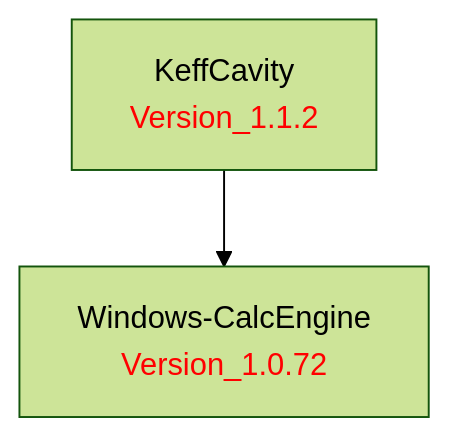
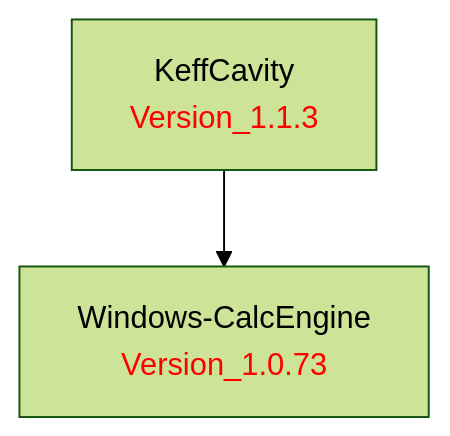
Before and after one commit to LBNL-ETA/KeffCavity: the diagram in doc/KeffCavity.md, drawn with Mermaid (forest theme). The commit also changed 1 other file, not shown here.

Commit message:
Bump version to 1.1.3; Windows-CalcEngine Version_1.0.73

````diff
--- a/doc/KeffCavity.md
+++ b/doc/KeffCavity.md
@@ -1,9 +1,9 @@
 ```mermaid
 graph TD
     %% Package definitions
-    KeffCavity[KeffCavity<br/><font color='red'>Version_1.1.2</font>]
-    WindowsCalcEngine[Windows-CalcEngine<br/><font color='red'>Version_1.0.72</font>]
+    KeffCavity[KeffCavity<br/><font color='red'>Version_1.1.3</font>]
+    WindowsCalcEngine[Windows-CalcEngine<br/><font color='red'>Version_1.0.73</font>]
 
     %% Package relations
     KeffCavity --> WindowsCalcEngine
 ```
````
